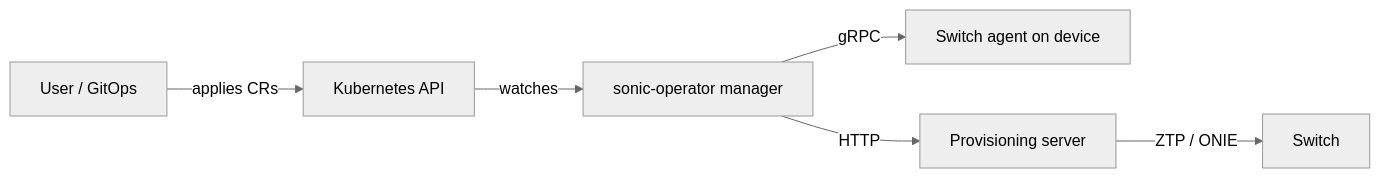
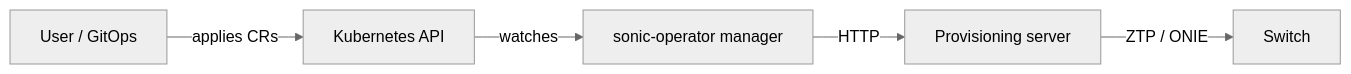
The diagram in docs/architecture.md (ironcore-dev/sonic-operator), drawn with Mermaid (neutral theme) before and after one commit. The commit also changed other lines of this file and 55 other files, not shown here.

````diff
--- a/docs/architecture.md
+++ b/docs/architecture.md
@@ -20,8 +23,7 @@
 ```mermaid
 flowchart LR
   User[User / GitOps] -->|applies CRs| K8s[Kubernetes API]
   K8s -->|watches| Manager[sonic-operator manager]
-  Manager -->|gRPC| Agent[Switch agent on device]
   Manager -->|HTTP| Prov[Provisioning server]
   Prov -->|ZTP / ONIE| Device[Switch]
 ```
````
